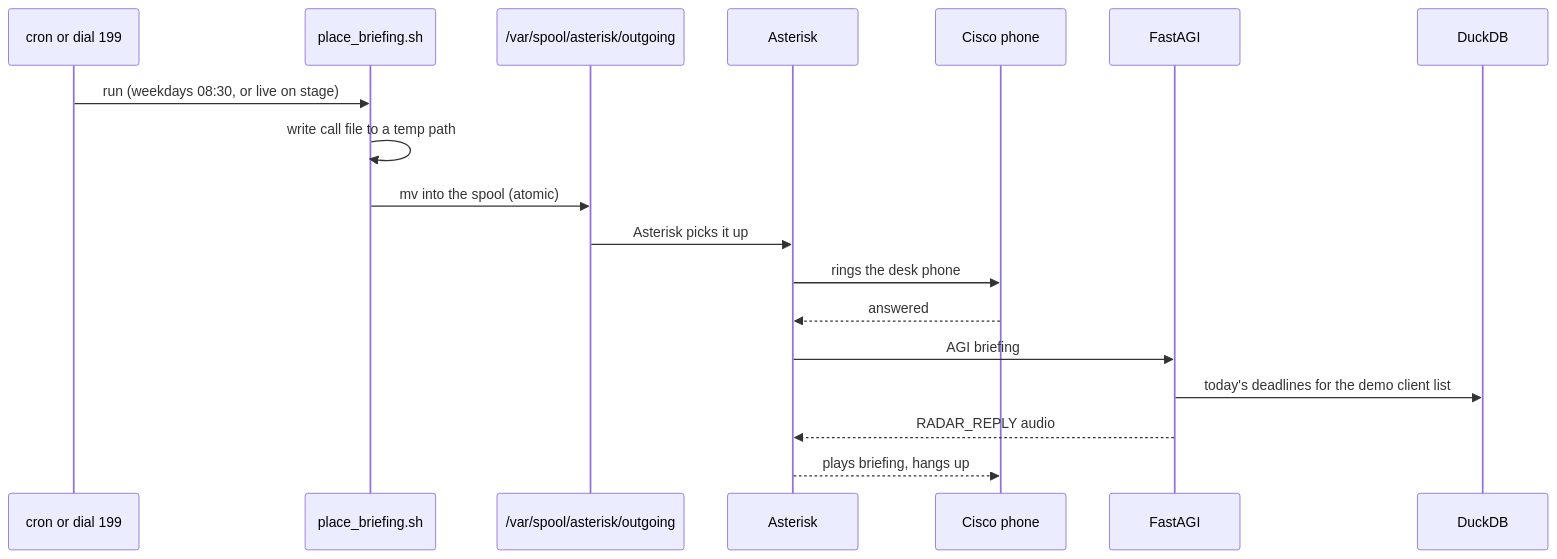
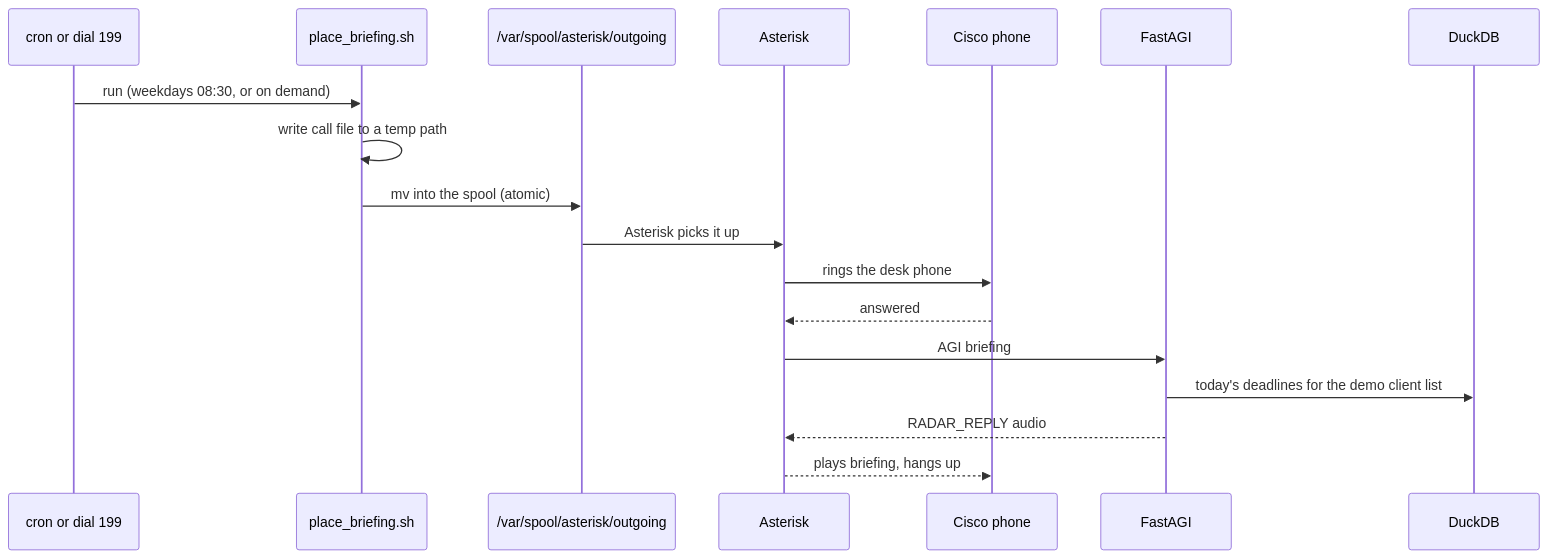
The fourth of 4 diagrams in docs/02-architecture.md (ConorsLeftReality/corkathon_2026), drawn with Mermaid before and after one commit. The commit also changed other lines of this file and 9 other files, not shown here.

````diff
--- a/docs/02-architecture.md
+++ b/docs/02-architecture.md
@@ -192,21 +192,21 @@
 ```mermaid
 sequenceDiagram
   participant Cron as cron or dial 199
   participant Sh as place_briefing.sh
   participant Sp as /var/spool/asterisk/outgoing
   participant A as Asterisk
   participant P as Cisco phone
   participant G as FastAGI
   participant D as DuckDB
 
-  Cron->>Sh: run (weekdays 08:30, or live on stage)
+  Cron->>Sh: run (weekdays 08:30, or on demand)
   Sh->>Sh: write call file to a temp path
   Sh->>Sp: mv into the spool (atomic)
   Sp->>A: Asterisk picks it up
   A->>P: rings the desk phone
   P-->>A: answered
   A->>G: AGI briefing
   G->>D: today's deadlines for the demo client list
   G-->>A: RADAR_REPLY audio
   A-->>P: plays briefing, hangs up
 ```
````
